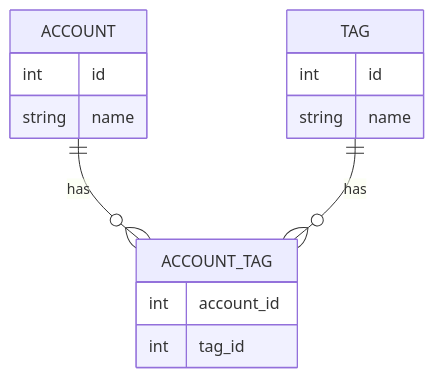
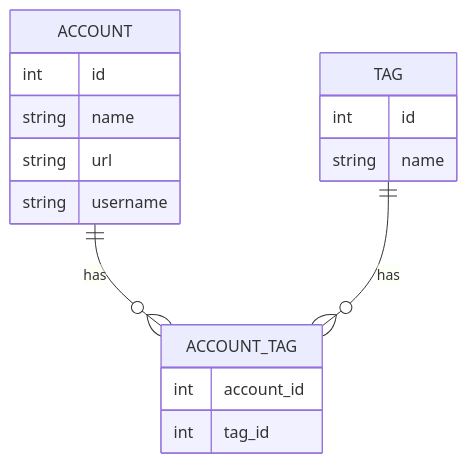
One commit to BaseW/account-manager changed the diagram in docs/tables.md. Above: the diagram before and after it, drawn with Mermaid.

Commit message:
update ERD

````diff
--- a/docs/tables.md
+++ b/docs/tables.md
@@ -1,21 +1,23 @@
 ```mermaid
 erDiagram
 
 ACCOUNT {
   int id
   string name
+  string url
+  string username
 }
 
 TAG {
   int id
   string name
 }
 
 ACCOUNT_TAG {
   int account_id
   int tag_id
 }
 
 ACCOUNT ||--o{ ACCOUNT_TAG: has
 TAG ||--o{ ACCOUNT_TAG: has
 ```
````
